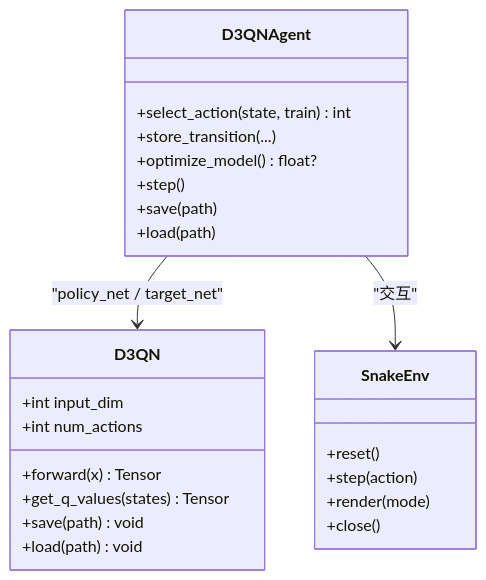
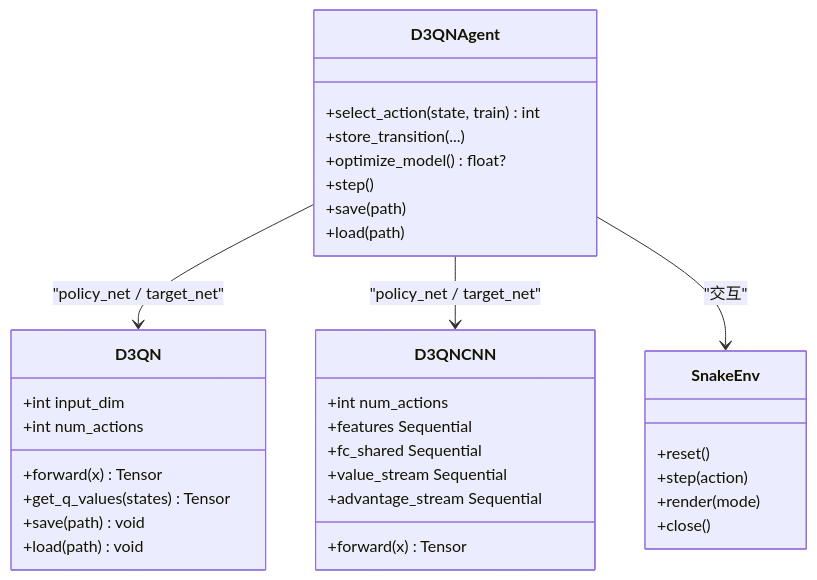
One commit to fuweiq94-cloud/3399180760000 changed the seventh of 7 diagrams in .qoder/repowiki/zh/content/D3QN算法实现/神经网络架构设计.md. Above: the diagram before and after it, drawn with Mermaid. The commit also changed other lines of this file and 75 other files, not shown here.

````diff
--- a/.qoder/repowiki/zh/content/D3QN算法实现/神经网络架构设计.md
+++ b/.qoder/repowiki/zh/content/D3QN算法实现/神经网络架构设计.md
@@ -327,27 +350,36 @@
 ```mermaid
 classDiagram
 class D3QN {
 +int input_dim
 +int num_actions
 +forward(x) Tensor
 +get_q_values(states) Tensor
 +save(path) void
 +load(path) void
+}
+class D3QNCNN {
++int num_actions
++forward(x) Tensor
++features Sequential
++fc_shared Sequential
++value_stream Sequential
++advantage_stream Sequential
 }
 class D3QNAgent {
 +select_action(state, train) int
 +store_transition(...)
 +optimize_model() float?
 +step()
 +save(path)
 +load(path)
 }
 class SnakeEnv {
 +reset()
 +step(action)
 +render(mode)
 +close()
 }
 D3QNAgent --> D3QN : "policy_net / target_net"
+D3QNAgent --> D3QNCNN : "policy_net / target_net"
 D3QNAgent --> SnakeEnv : "交互"
 ```
````
